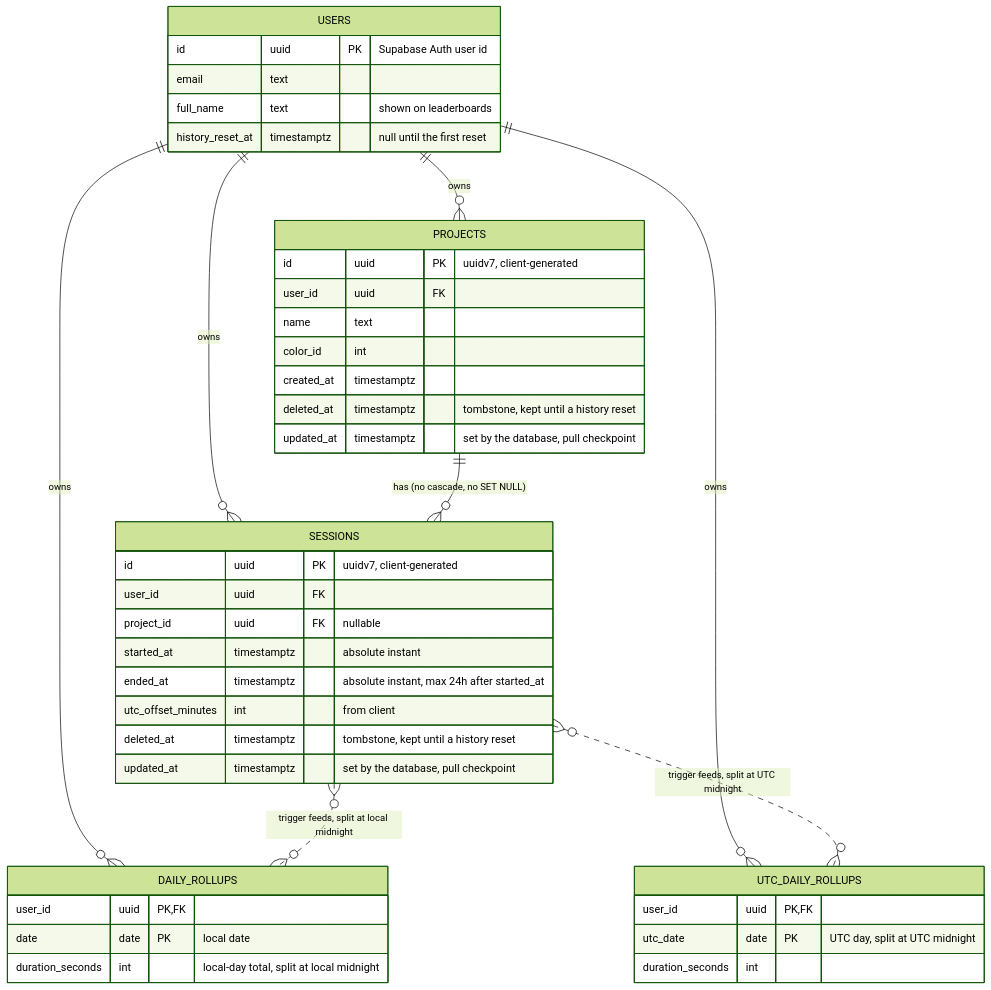
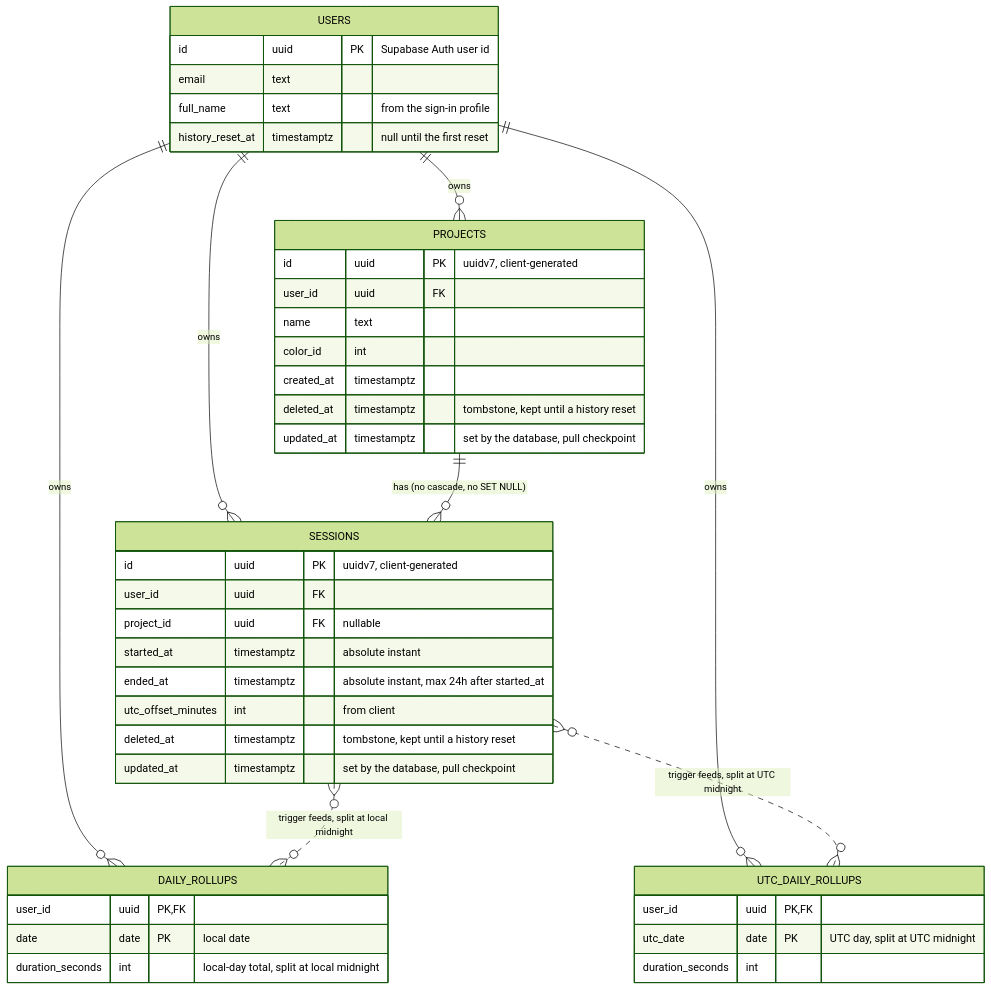
Before and after one commit to sardaar-niamotullah/tarkeez: the third of 3 diagrams in README.md, drawn with Mermaid (forest theme). The commit also changed other lines of this file, not shown here.

````diff
--- a/README.md
+++ b/README.md
@@ -379,46 +406,46 @@
 ```mermaid
 erDiagram
   USERS ||--o{ PROJECTS : owns
   USERS ||--o{ SESSIONS : owns
   USERS ||--o{ DAILY_ROLLUPS : owns
   USERS ||--o{ UTC_DAILY_ROLLUPS : owns
   PROJECTS ||--o{ SESSIONS : "has (no cascade, no SET NULL)"
   SESSIONS }o..o{ DAILY_ROLLUPS : "trigger feeds, split at local midnight"
   SESSIONS }o..o{ UTC_DAILY_ROLLUPS : "trigger feeds, split at UTC midnight"
 
   USERS {
     id uuid PK "Supabase Auth user id"
     email text
-    full_name text "shown on leaderboards"
+    full_name text "from the sign-in profile"
     history_reset_at timestamptz "null until the first reset"
   }
   PROJECTS {
     id uuid PK "uuidv7, client-generated"
     user_id uuid FK
     name text
     color_id int
     created_at timestamptz
     deleted_at timestamptz "tombstone, kept until a history reset"
     updated_at timestamptz "set by the database, pull checkpoint"
   }
   SESSIONS {
     id uuid PK "uuidv7, client-generated"
     user_id uuid FK
     project_id uuid FK "nullable"
     started_at timestamptz "absolute instant"
     ended_at timestamptz "absolute instant, max 24h after started_at"
     utc_offset_minutes int "from client"
     deleted_at timestamptz "tombstone, kept until a history reset"
     updated_at timestamptz "set by the database, pull checkpoint"
   }
   DAILY_ROLLUPS {
     user_id uuid PK, FK
     date date PK "local date"
     duration_seconds int "local-day total, split at local midnight"
   }
   UTC_DAILY_ROLLUPS {
     user_id uuid PK, FK
     utc_date date PK "UTC day, split at UTC midnight"
     duration_seconds int
   }
 ```
````
